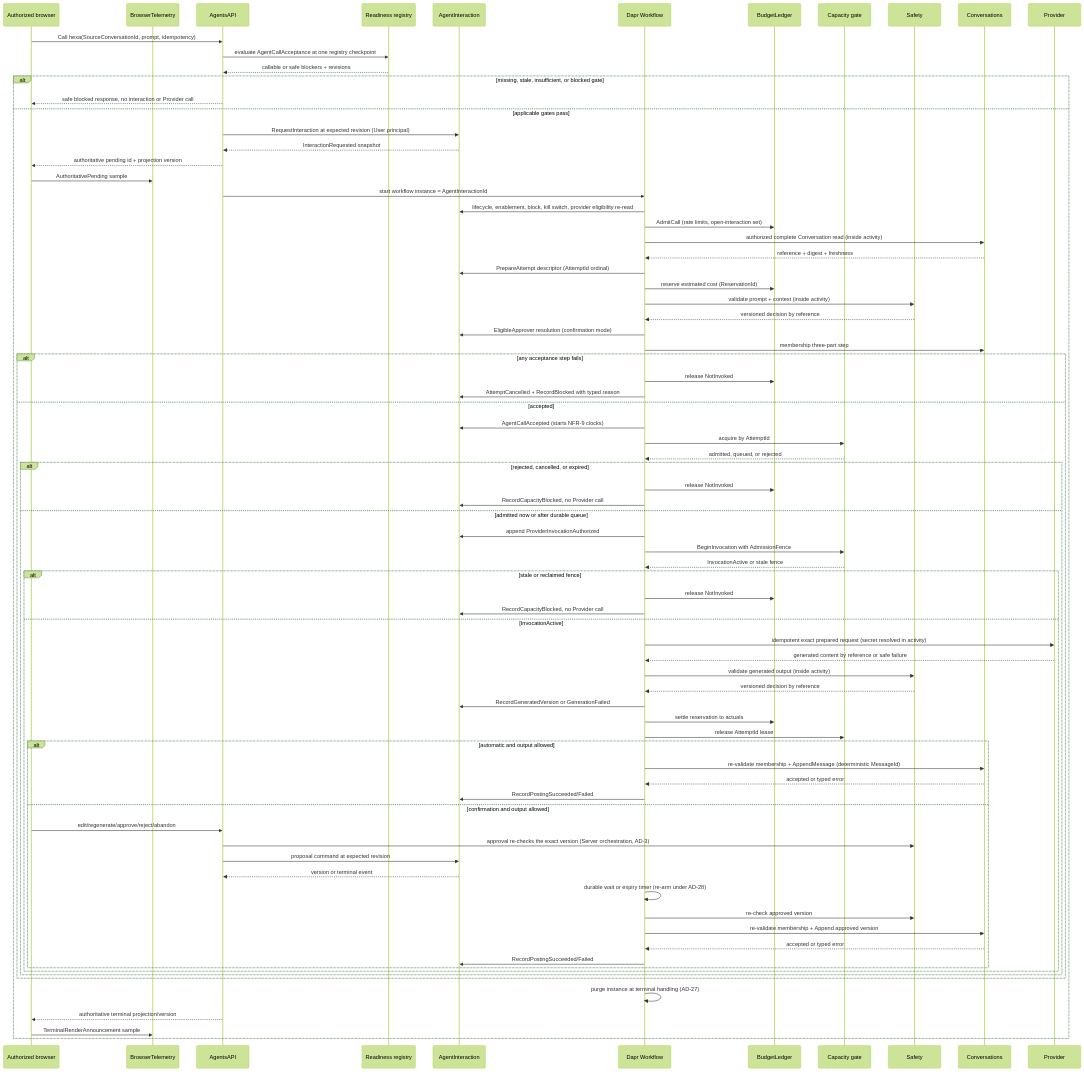
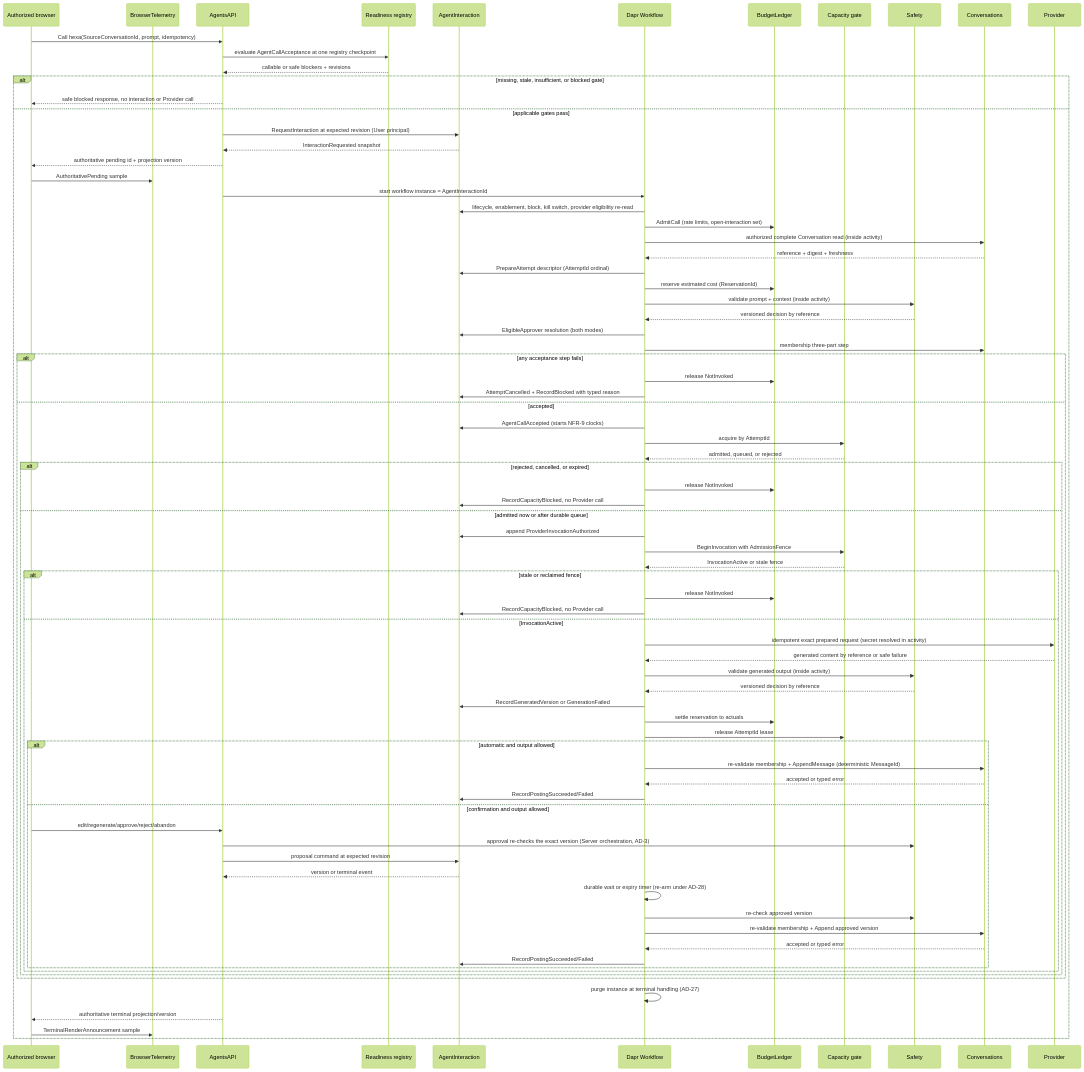
One commit to Hexalith/Hexalith.Agents changed the third of 4 diagrams in _bmad-output/planning-artifacts/architecture/architecture-agents-2026-06-23-2/ARCHITECTURE-SPINE.md. Above: the diagram before and after it, drawn with Mermaid (forest theme). The commit also changed other lines of this file and 9 other files, not shown here.

First line of the commit message:
Add review documents for architecture validation and web-verification pass

```diff
--- a/_bmad-output/planning-artifacts/architecture/architecture-agents-2026-06-23-2/ARCHITECTURE-SPINE.md
+++ b/_bmad-output/planning-artifacts/architecture/architecture-agents-2026-06-23-2/ARCHITECTURE-SPINE.md
@@ -379,7 +379,7 @@
     Workflow->>Ledger: reserve estimated cost (ReservationId)
     Workflow->>Safety: validate prompt + context (inside activity)
     Safety-->>Workflow: versioned decision by reference
-    Workflow->>Interaction: EligibleApprover resolution (confirmation mode)
+    Workflow->>Interaction: EligibleApprover resolution (both modes)
     Workflow->>Conv: membership three-part step
     alt any acceptance step fails
       Workflow->>Ledger: release NotInvoked
```
